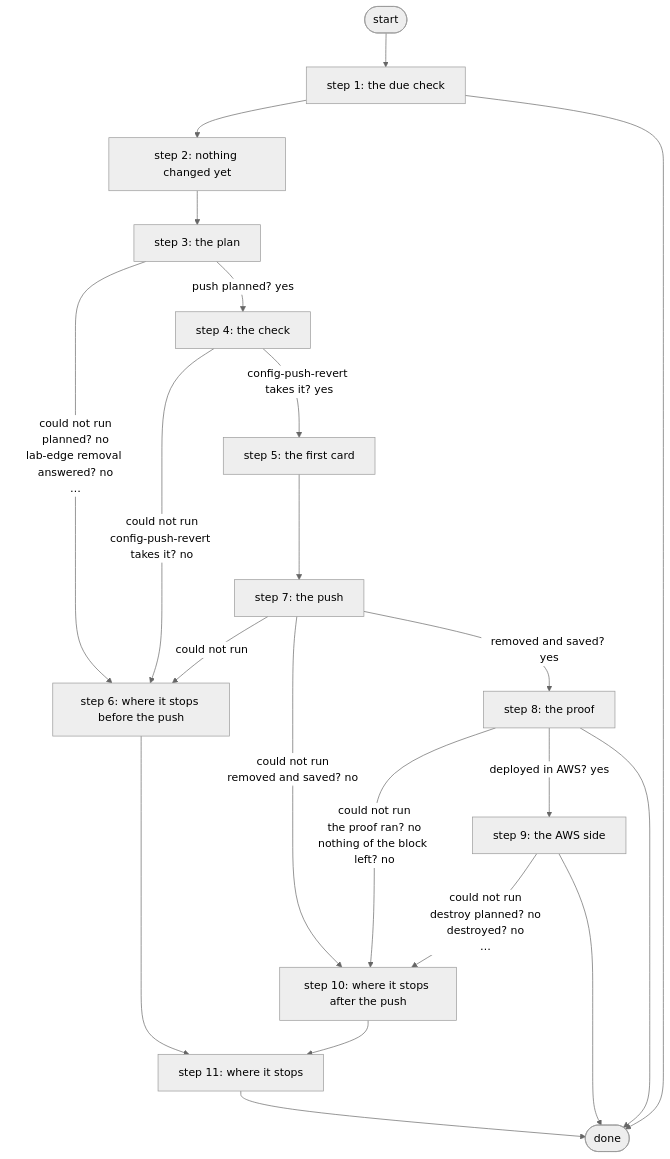
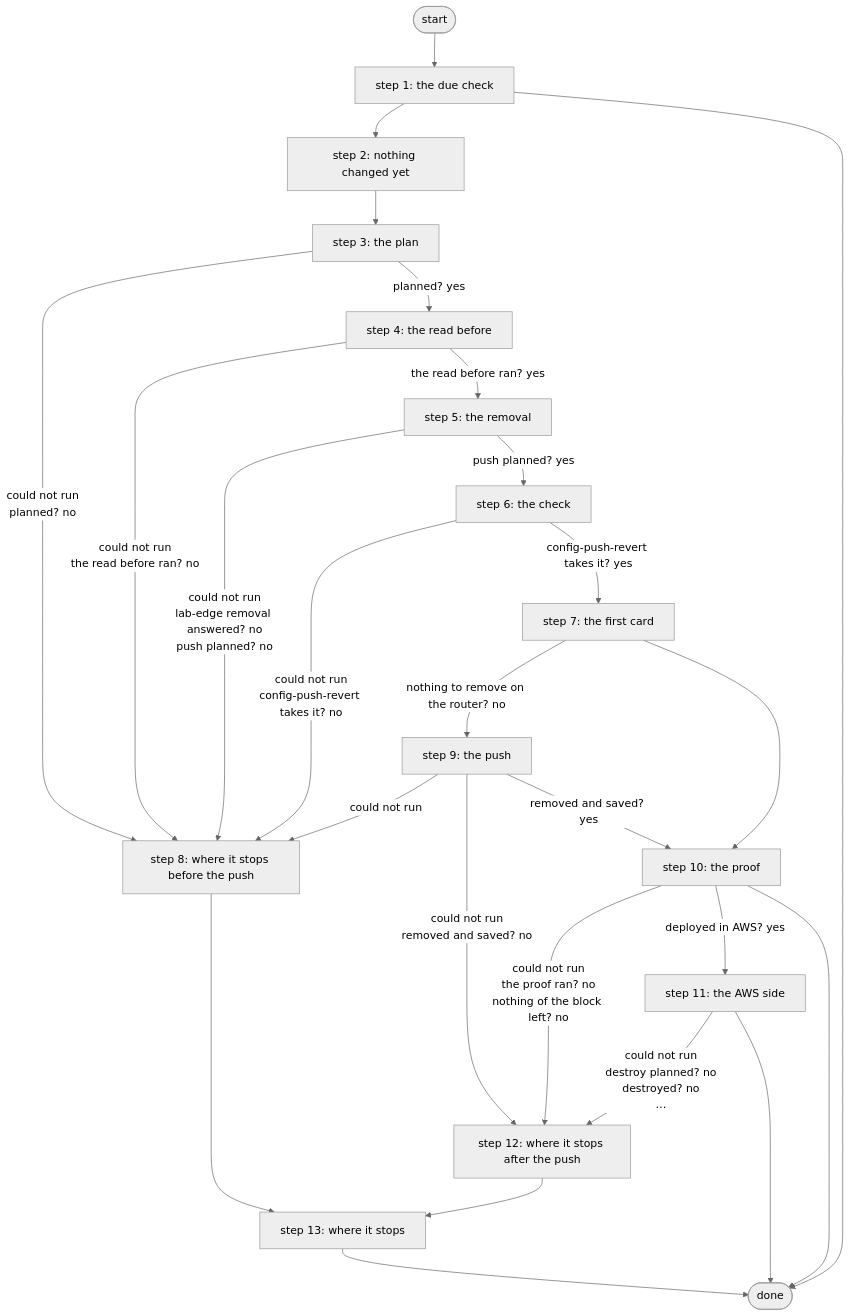
The diagram in docs/workflows/tear-down-expired-aws-vpn.md (E-Conners-Lab/itential-enterprise-lab), drawn with Mermaid (neutral theme) before and after one commit. The commit also changed other lines of this file and 8 other files, not shown here.

First line of the commit message:
fix(aws): Tear Down skips the router push when the block is not there (#236)

````diff
--- a/docs/workflows/tear-down-expired-aws-vpn.md
+++ b/docs/workflows/tear-down-expired-aws-vpn.md
@@ -50,36 +51,43 @@
 ```mermaid
 flowchart TD
   S([start])
   E([done])
   s1["step 1: the due check"]
   s2["step 2: nothing changed yet"]
   s3["step 3: the plan"]
-  s4["step 4: the check"]
-  s5["step 5: the first card"]
-  s6["step 6: where it stops before the push"]
-  s7["step 7: the push"]
-  s8["step 8: the proof"]
-  s9["step 9: the AWS side"]
-  s10["step 10: where it stops after the push"]
-  s11["step 11: where it stops"]
+  s4["step 4: the read before"]
+  s5["step 5: the removal"]
+  s6["step 6: the check"]
+  s7["step 7: the first card"]
+  s8["step 8: where it stops before the push"]
+  s9["step 9: the push"]
+  s10["step 10: the proof"]
+  s11["step 11: the AWS side"]
+  s12["step 12: where it stops after the push"]
+  s13["step 13: where it stops"]
   S --> s1
   s1 --> s2
   s1 --> E
   s2 --> s3
-  s3 -- "could not run<br/>planned? no<br/>lab-edge removal answered? no<br/>…" --> s6
-  s3 -- "push planned? yes" --> s4
-  s4 -- "could not run<br/>config-push-revert takes it? no" --> s6
-  s4 -- "config-push-revert takes it? yes" --> s5
-  s5 --> s7
-  s7 -- "could not run" --> s6
-  s7 -- "could not run<br/>removed and saved? no" --> s10
-  s7 -- "removed and saved? yes" --> s8
-  s8 -- "could not run<br/>the proof ran? no<br/>nothing of the block left? no" --> s10
-  s8 -- "deployed in AWS? yes" --> s9
-  s8 --> E
-  s9 -- "could not run<br/>destroy planned? no<br/>destroyed? no<br/>…" --> s10
-  s9 --> E
-  s6 --> s11
-  s10 --> s11
+  s3 -- "could not run<br/>planned? no" --> s8
+  s3 -- "planned? yes" --> s4
+  s4 -- "could not run<br/>the read before ran? no" --> s8
+  s4 -- "the read before ran? yes" --> s5
+  s5 -- "could not run<br/>lab-edge removal answered? no<br/>push planned? no" --> s8
+  s5 -- "push planned? yes" --> s6
+  s6 -- "could not run<br/>config-push-revert takes it? no" --> s8
+  s6 -- "config-push-revert takes it? yes" --> s7
+  s7 -- "nothing to remove on the router? no" --> s9
+  s7 --> s10
+  s9 -- "could not run" --> s8
+  s9 -- "could not run<br/>removed and saved? no" --> s12
+  s9 -- "removed and saved? yes" --> s10
+  s10 -- "could not run<br/>the proof ran? no<br/>nothing of the block left? no" --> s12
+  s10 -- "deployed in AWS? yes" --> s11
+  s10 --> E
+  s11 -- "could not run<br/>destroy planned? no<br/>destroyed? no<br/>…" --> s12
   s11 --> E
+  s8 --> s13
+  s12 --> s13
+  s13 --> E
 ```
````
